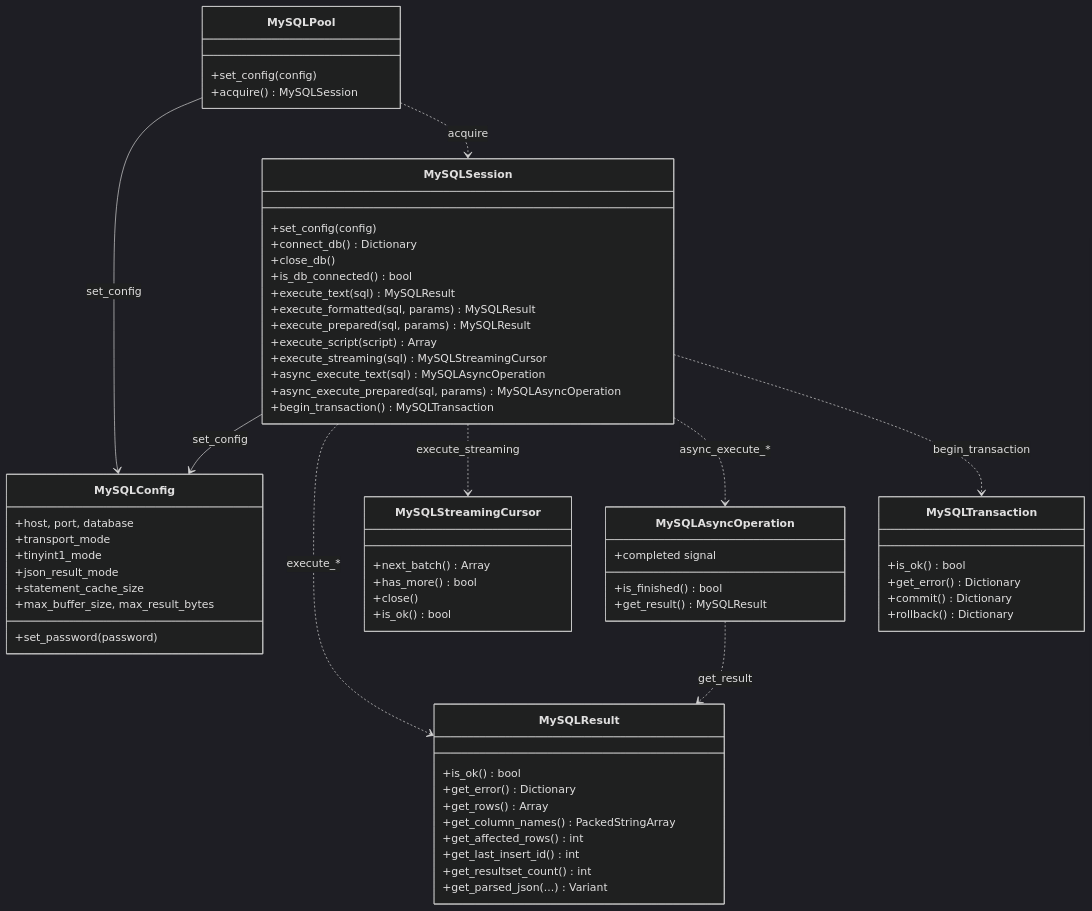
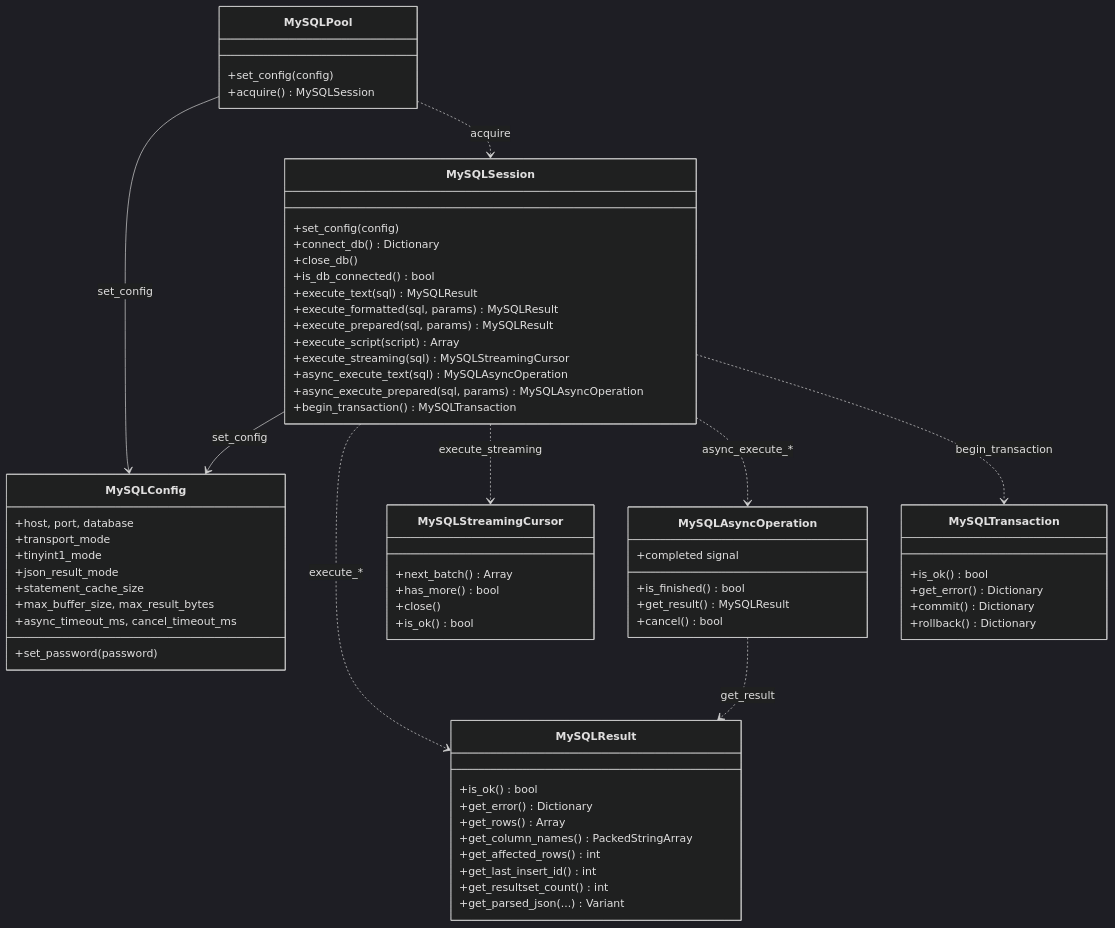
The first of 2 diagrams in documentation/features.md (Malkverbena/mysql), drawn with Mermaid (dark theme) before and after one commit. The commit also changed other lines of this file and 13 other files, not shown here.

````diff
--- a/documentation/features.md
+++ b/documentation/features.md
@@ -10,66 +10,68 @@
 ```mermaid
 classDiagram
     class MySQLConfig {
       +host, port, database
       +transport_mode
       +tinyint1_mode
       +json_result_mode
       +statement_cache_size
       +max_buffer_size, max_result_bytes
+      +async_timeout_ms, cancel_timeout_ms
       +set_password(password)
     }
     class MySQLSession {
       +set_config(config)
       +connect_db() Dictionary
       +close_db()
       +is_db_connected() bool
       +execute_text(sql) MySQLResult
       +execute_formatted(sql, params) MySQLResult
       +execute_prepared(sql, params) MySQLResult
       +execute_script(script) Array
       +execute_streaming(sql) MySQLStreamingCursor
       +async_execute_text(sql) MySQLAsyncOperation
       +async_execute_prepared(sql, params) MySQLAsyncOperation
       +begin_transaction() MySQLTransaction
     }
     class MySQLPool {
       +set_config(config)
       +acquire() MySQLSession
     }
     class MySQLResult {
       +is_ok() bool
       +get_error() Dictionary
       +get_rows() Array
       +get_column_names() PackedStringArray
       +get_affected_rows() int
       +get_last_insert_id() int
       +get_resultset_count() int
       +get_parsed_json(...) Variant
     }
     class MySQLStreamingCursor {
       +next_batch() Array
       +has_more() bool
       +close()
       +is_ok() bool
     }
     class MySQLAsyncOperation {
       +is_finished() bool
       +get_result() MySQLResult
+      +cancel() bool
       +completed signal
     }
     class MySQLTransaction {
       +is_ok() bool
       +get_error() Dictionary
       +commit() Dictionary
       +rollback() Dictionary
     }
 
     MySQLSession --> MySQLConfig : set_config
     MySQLPool --> MySQLConfig : set_config
     MySQLPool ..> MySQLSession : acquire
     MySQLSession ..> MySQLResult : execute_*
     MySQLSession ..> MySQLStreamingCursor : execute_streaming
     MySQLSession ..> MySQLAsyncOperation : async_execute_*
     MySQLSession ..> MySQLTransaction : begin_transaction
     MySQLAsyncOperation ..> MySQLResult : get_result
 ```
````
